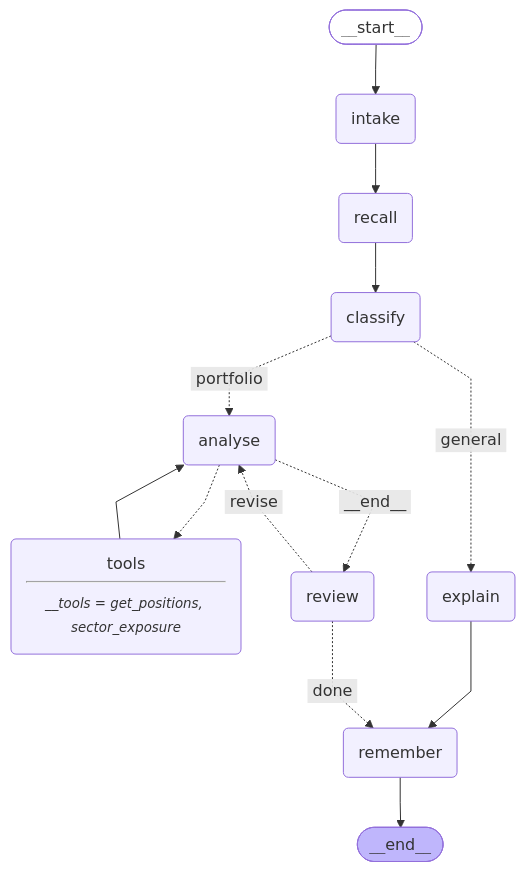
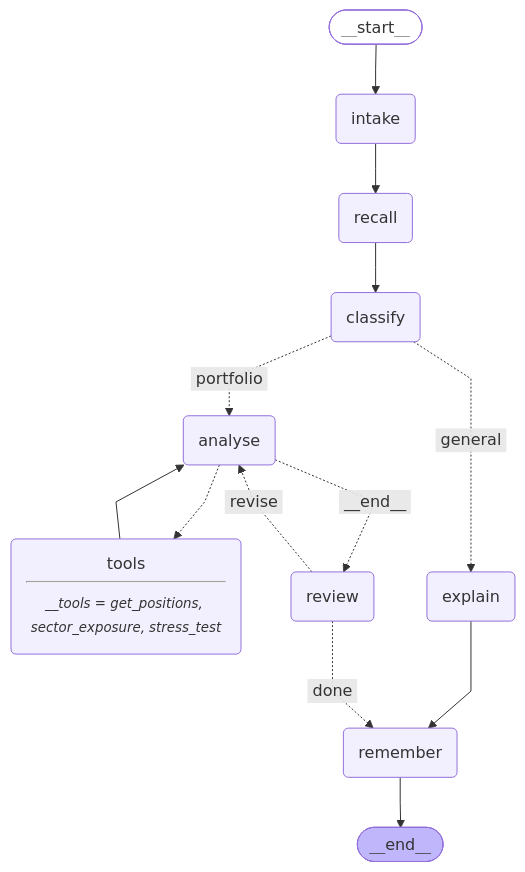
The diagram in docs/research_graph.md (baytalhikmah2026/agentic-langgraph-fastapi-labs), drawn with Mermaid before and after one commit. The commit also changed 11 other files, not shown here.

````diff
--- a/docs/research_graph.md
+++ b/docs/research_graph.md
@@ -5,33 +5,33 @@
 ```mermaid
 ---
 config:
   flowchart:
     curve: linear
 ---
 graph TD;
 	__start__([<p>__start__</p>]):::first
 	intake(intake)
 	recall(recall)
 	classify(classify)
 	analyse(analyse)
-	tools(tools<hr/><small><em>__tools = get_positions, sector_exposure</em></small>)
+	tools(tools<hr/><small><em>__tools = get_positions, sector_exposure, stress_test</em></small>)
 	explain(explain)
 	review(review)
 	remember(remember)
 	__end__([<p>__end__</p>]):::last
 	__start__ --> intake;
 	analyse -. &nbsp;__end__&nbsp; .-> review;
 	analyse -.-> tools;
 	classify -. &nbsp;portfolio&nbsp; .-> analyse;
 	classify -. &nbsp;general&nbsp; .-> explain;
 	explain --> remember;
 	intake --> recall;
 	recall --> classify;
 	review -. &nbsp;revise&nbsp; .-> analyse;
 	review -. &nbsp;done&nbsp; .-> remember;
 	tools --> analyse;
 	remember --> __end__;
 	classDef default fill:#f2f0ff,line-height:1.2
 	classDef first fill-opacity:0
 	classDef last fill:#bfb6fc
 ```
````
